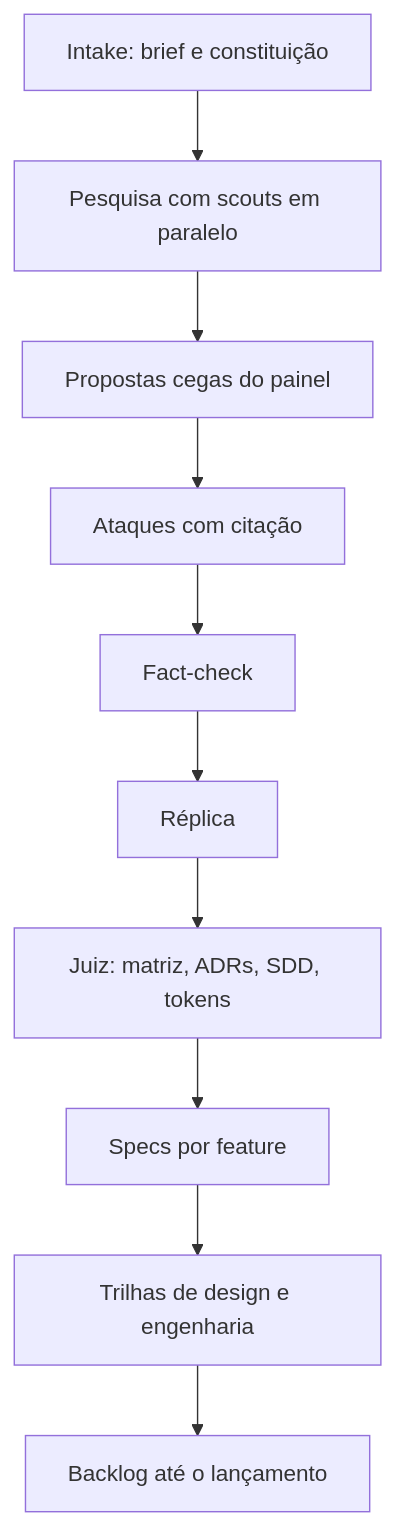
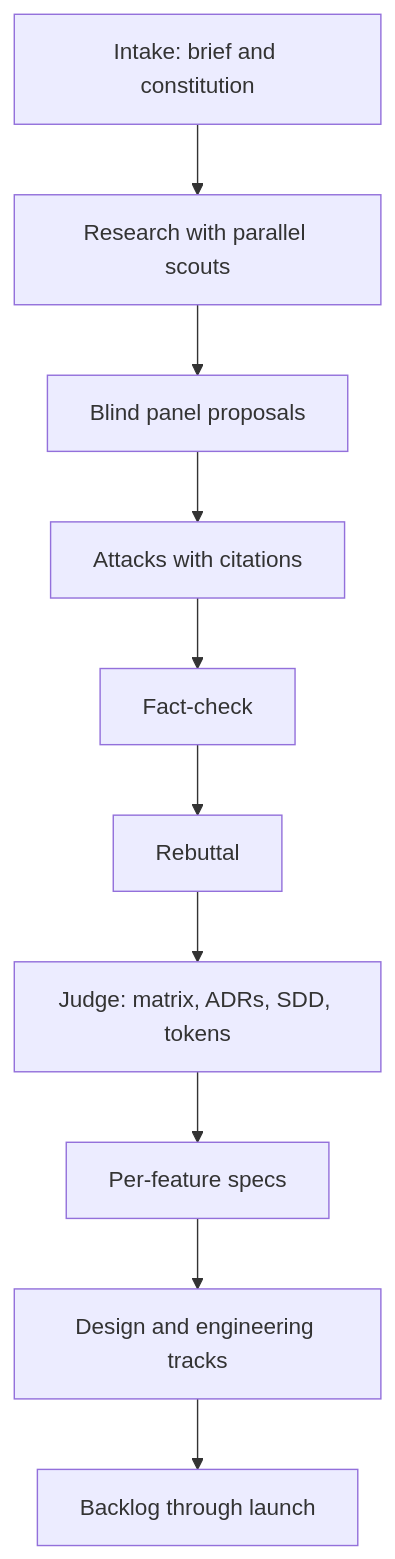
One commit to DiMarcoSK/open-debate changed the diagram in README.md. Above: the diagram before and after it, drawn with Mermaid. The commit also changed other lines of this file and 36 other files, not shown here.

````diff
--- a/README.md
+++ b/README.md
@@ -106,12 +139,12 @@
 ```mermaid
 flowchart TD
-  A[Intake: brief e constituição] --> B[Pesquisa com scouts em paralelo]
-  B --> C[Propostas cegas do painel]
-  C --> D[Ataques com citação]
+  A[Intake: brief and constitution] --> B[Research with parallel scouts]
+  B --> C[Blind panel proposals]
+  C --> D[Attacks with citations]
   D --> E[Fact-check]
-  E --> F[Réplica]
-  F --> G[Juiz: matriz, ADRs, SDD, tokens]
-  G --> H[Specs por feature]
-  H --> I[Trilhas de design e engenharia]
-  I --> J[Backlog até o lançamento]
+  E --> F[Rebuttal]
+  F --> G[Judge: matrix, ADRs, SDD, tokens]
+  G --> H[Per-feature specs]
+  H --> I[Design and engineering tracks]
+  I --> J[Backlog through launch]
 ```
````
